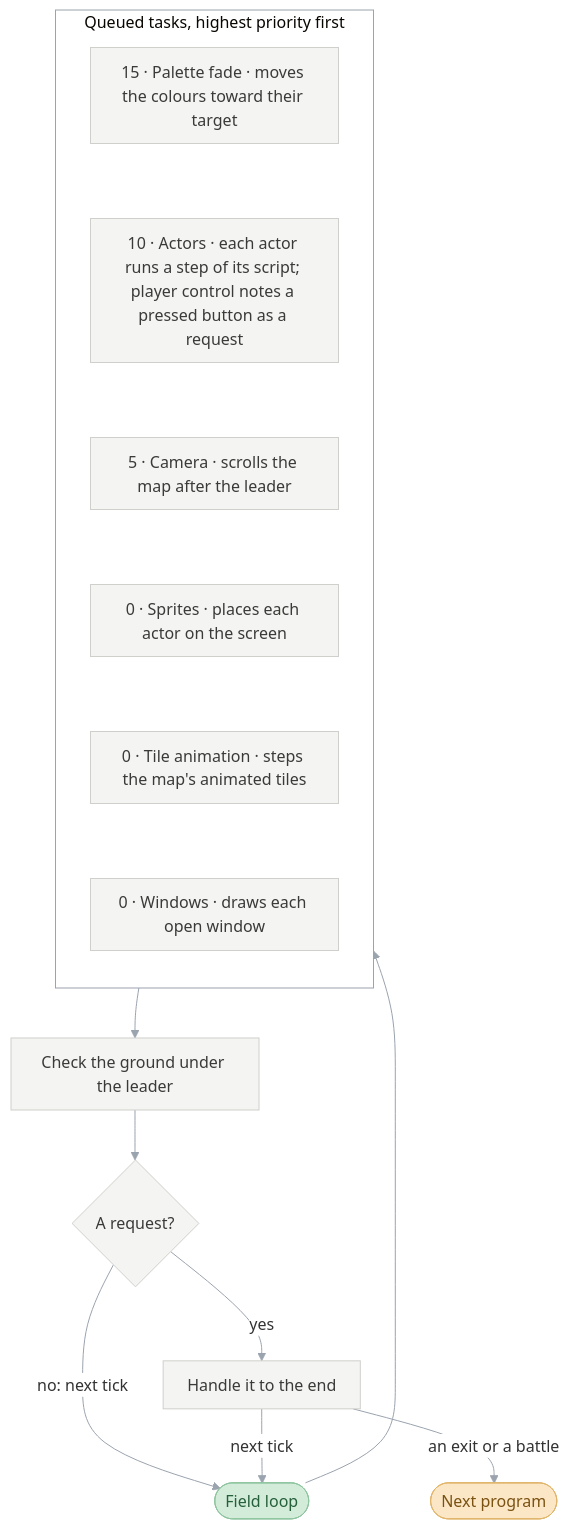
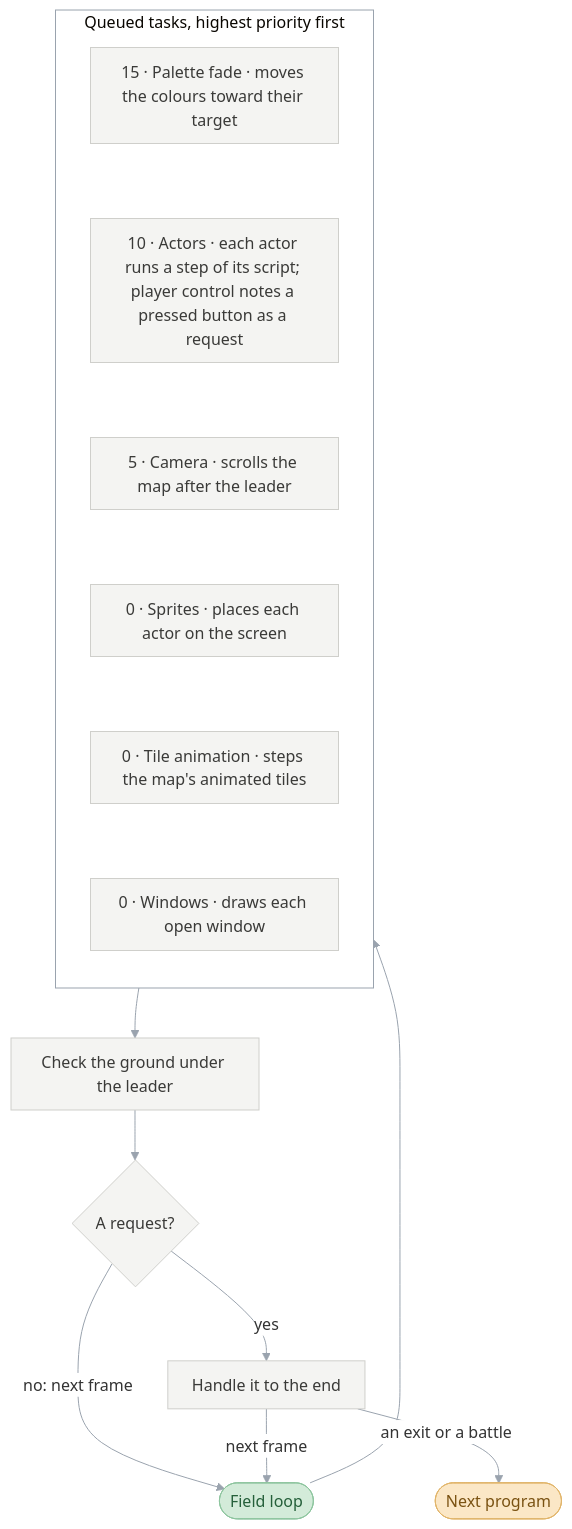
Before and after one commit to PascalPixel/alchemy: the seventh of 9 diagrams in games/tbs/README.md, drawn with Mermaid. The commit also changed other lines of this file and 2356 other files, not shown here.

````diff
--- a/games/tbs/README.md
+++ b/games/tbs/README.md
@@ -320,27 +322,27 @@
 ```mermaid
 %%{init: {"theme": "base", "themeVariables": {"lineColor": "#9AA3AE", "edgeLabelBackground": "#FFFFFF"}, "flowchart": {"curve": "basis", "padding": 12}}}%%
 flowchart TD
-  tick(["Field loop"]) --> queue
+  frame(["Field loop"]) --> queue
   subgraph queue ["Queued tasks, highest priority first"]
     direction TB
     t1["15 · Palette fade · moves the colours toward their target"] ~~~ t2["10 · Actors · each actor runs a step of its script; player control notes a pressed button as a request"]
     t2 ~~~ t3["5 · Camera · scrolls the map after the leader"] ~~~ t4["0 · Sprites · places each actor on the screen"]
     t4 ~~~ t5["0 · Tile animation · steps the map's animated tiles"] ~~~ t6["0 · Windows · draws each open window"]
   end
   queue --> ground["Check the ground under the leader"]
   ground --> check{"A request?"}
-  check -->|"no: next tick"| tick
+  check -->|"no: next frame"| frame
   check -->|"yes"| handle["Handle it to the end"]
-  handle -->|"next tick"| tick
+  handle -->|"next frame"| frame
   handle -->|"an exit or a battle"| next(["Next program"])
   classDef monitor fill:#DDE3EC,stroke:#8FA0B8,color:#2E3C50
   classDef sceneProgram fill:#D2EEF3,stroke:#7FC3D0,color:#1E5966
   classDef battle fill:#F6D5D2,stroke:#D9928B,color:#8A2A22
   classDef sceneManager fill:#D3EBD9,stroke:#8DC49E,color:#25603A
   classDef request fill:#FBE7C6,stroke:#E0B46A,color:#7A5212
   classDef step fill:#F4F4F2,stroke:#CFCFCB,color:#3A3A38
-  class tick sceneManager
+  class frame sceneManager
   class next request
   class t1,t2,t3,t4,t5,t6,ground,handle,check step
   style queue fill:#FFFFFF,stroke:#9AA3AE
 ```
````
